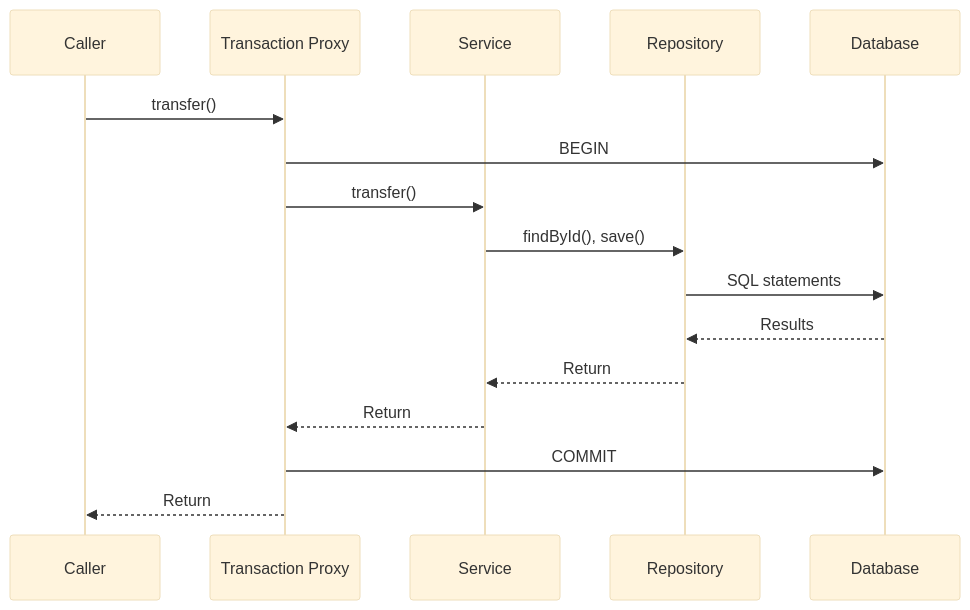
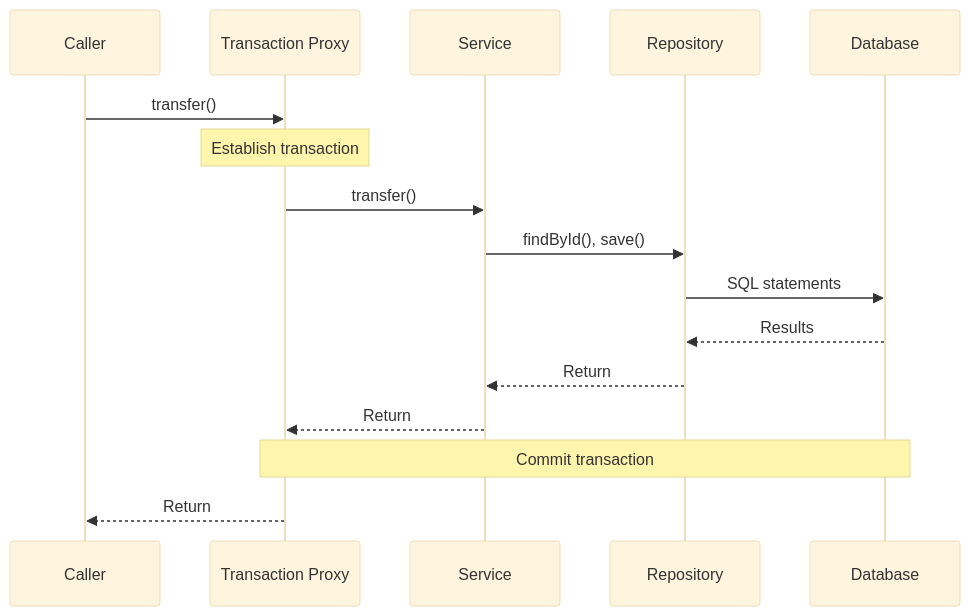
One commit to kai-niemi/blogs changed the first of 5 diagrams in content/posts/transaction-management/index.md. Above: the diagram before and after it, drawn with Mermaid (base theme). The commit also changed other lines of this file, not shown here.

Commit message:
docs: revise Spring Data transaction management article

```diff
--- a/content/posts/transaction-management/index.md
+++ b/content/posts/transaction-management/index.md
@@ -172,19 +233,19 @@
 {{< mermaid >}}
 sequenceDiagram
     participant C as Caller
     participant P as Transaction Proxy
     participant S as Service
     participant R as Repository
     participant D as Database
 
     C->>P: transfer()
-    P->>D: BEGIN
+    Note over P: Establish transaction
     P->>S: transfer()
     S->>R: findById(), save()
     R->>D: SQL statements
     D-->>R: Results
     R-->>S: Return
     S-->>P: Return
-    P->>D: COMMIT
+    Note over P,D: Commit transaction
     P-->>C: Return
 {{< /mermaid >}}
```
